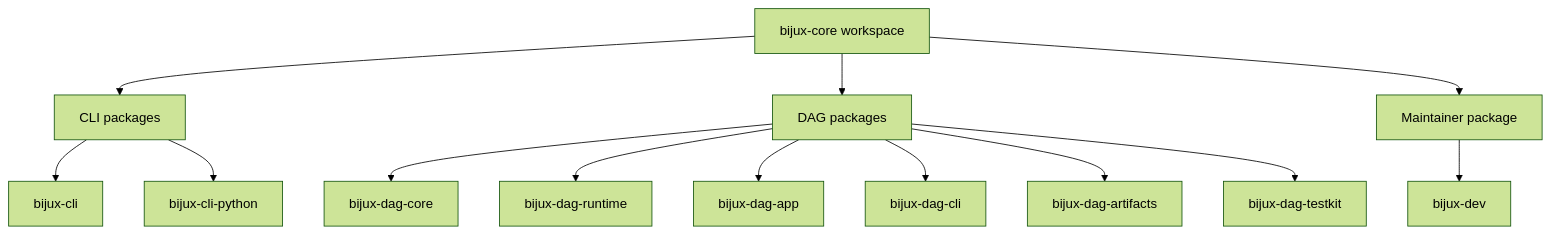
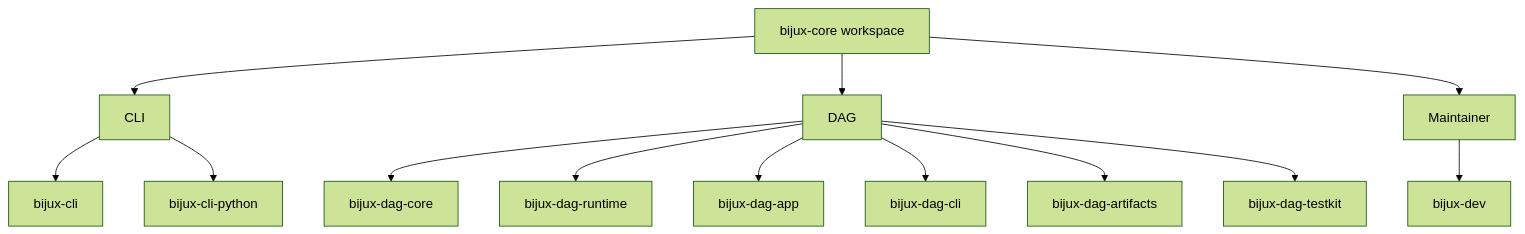
One commit to bijux/bijux-cli changed the diagram in docs/bijux-core/packages/index.md. Above: the diagram before and after it, drawn with Mermaid (forest theme). The commit also changed other lines of this file, not shown here.

Commit message:
docs(core-packages): clarify the package ownership map

````diff
--- a/docs/bijux-core/packages/index.md
+++ b/docs/bijux-core/packages/index.md
@@ -25,16 +21,16 @@
 ```mermaid
 flowchart TB
     repo["bijux-core workspace"]
-    repo --> cli["CLI packages"]
-    repo --> dag["DAG packages"]
-    repo --> dev["Maintainer package"]
+    repo --> cli["CLI"]
+    repo --> dag["DAG"]
+    repo --> dev["Maintainer"]
     cli --> cli_runtime["bijux-cli"]
     cli --> cli_python["bijux-cli-python"]
     dag --> dag_core["bijux-dag-core"]
     dag --> dag_runtime["bijux-dag-runtime"]
     dag --> dag_app["bijux-dag-app"]
     dag --> dag_cli["bijux-dag-cli"]
     dag --> dag_artifacts["bijux-dag-artifacts"]
     dag --> dag_testkit["bijux-dag-testkit"]
     dev --> dev_pkg["bijux-dev"]
 ```
````
